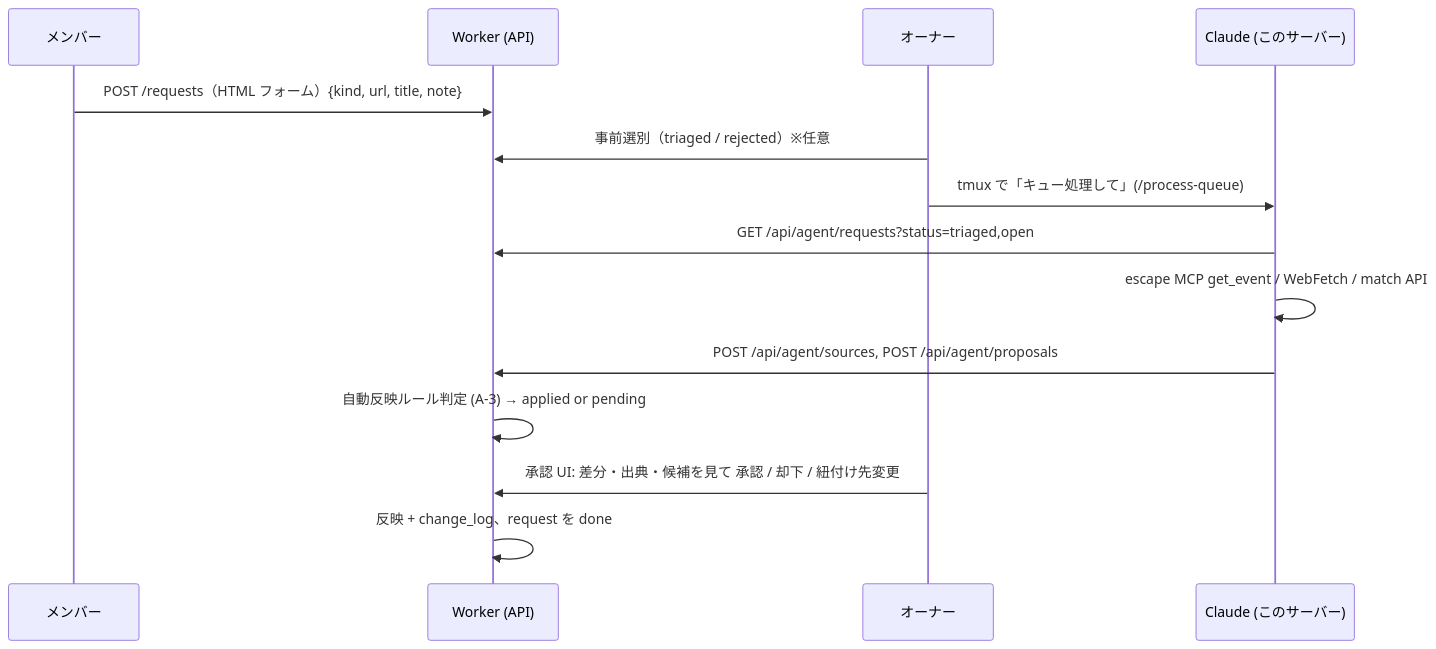
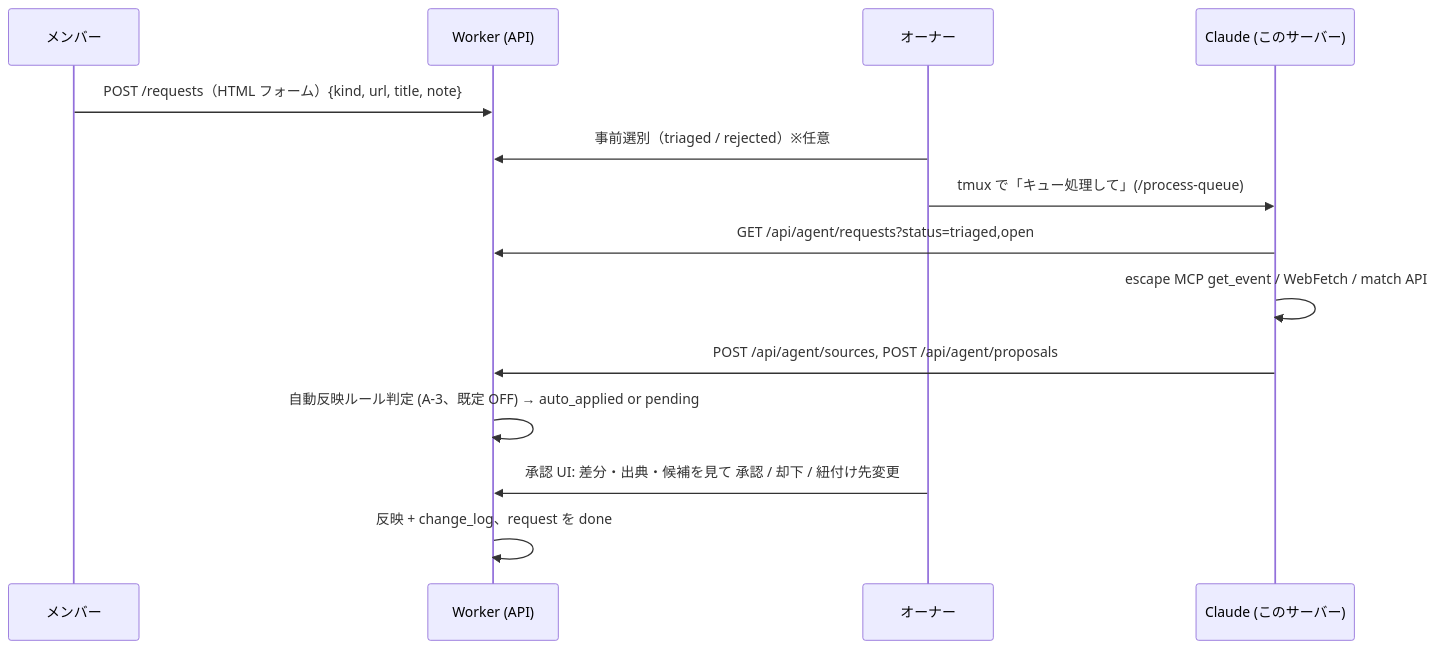
The diagram in docs/agent-pipeline.md (ShinoharaTa/nazo-tracker), drawn with Mermaid before and after one commit. The commit also changed other lines of this file and 11 other files, not shown here.

````diff
--- a/docs/agent-pipeline.md
+++ b/docs/agent-pipeline.md
@@ -5,16 +5,16 @@
 ```mermaid
 sequenceDiagram
   participant M as メンバー
   participant W as Worker (API)
   participant O as オーナー
   participant C as Claude (このサーバー)
   M->>W: POST /requests（HTML フォーム）{kind, url, title, note}
   O->>W: 事前選別（triaged / rejected）※任意
   O->>C: tmux で「キュー処理して」(/process-queue)
   C->>W: GET /api/agent/requests?status=triaged,open
   C->>C: escape MCP get_event / WebFetch / match API
   C->>W: POST /api/agent/sources, POST /api/agent/proposals
-  W->>W: 自動反映ルール判定 (A-3) → applied or pending
+  W->>W: 自動反映ルール判定 (A-3、既定 OFF) → auto_applied or pending
   O->>W: 承認 UI: 差分・出典・候補を見て 承認 / 却下 / 紐付け先変更
   W->>W: 反映 + change_log、request を done
 ```
````
